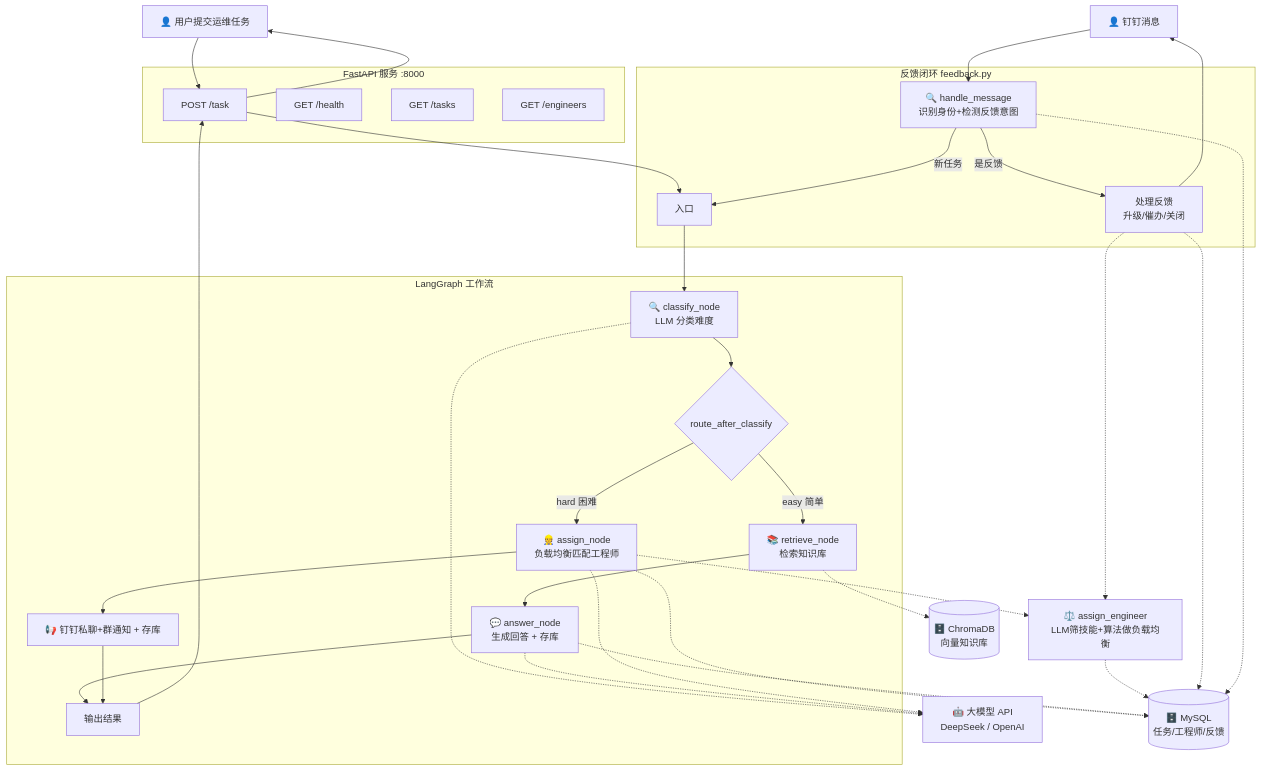
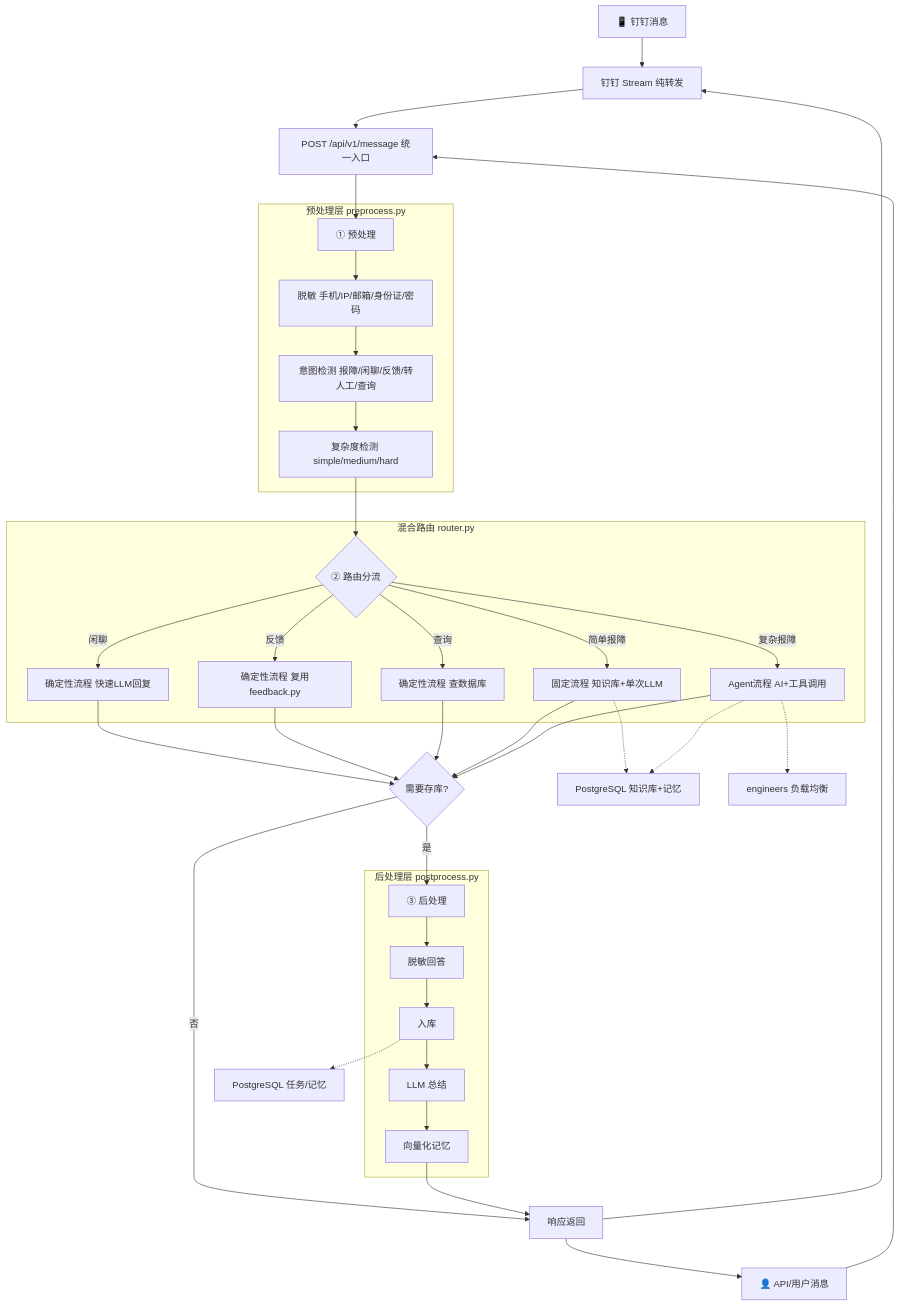
Before and after one commit to shouch111/dingdingbased-opsmate: the diagram in 运维Agent框架文档.md, drawn with Mermaid. The commit also changed other lines of this file, not shown here.

First line of the commit message:
docs: 框架文档全面重写为 v2.2 架构（混合路由+PostgreSQL+pgvector）

````diff
--- a/运维Agent框架文档.md
+++ b/运维Agent框架文档.md
@@ -32,48 +36,52 @@
 ```mermaid
 flowchart TD
-    U[👤 用户提交运维任务] --> API
+    DT[📱 钉钉消息] --> STREAM[钉钉 Stream 纯转发]
+    API_USER[👤 API/用户消息] --> MSG
+    STREAM --> MSG["POST /api/v1/message 统一入口"]
 
-    subgraph FastAPI[FastAPI 服务 :8000]
-        API["POST /task"]
-        H["GET /health"]
-        T["GET /tasks"]
-        E["GET /engineers"]
+    MSG --> PRE
+
+    subgraph PREPROCESS[预处理层 preprocess.py]
+        PRE["① 预处理"]
+        PRE --> MASK["脱敏 手机/IP/邮箱/身份证/密码"]
+        MASK --> INTENT["意图检测 报障/闲聊/反馈/转人工/查询"]
+        INTENT --> CPLX["复杂度检测 simple/medium/hard"]
     end
 
-    API --> G
-    U2[👤 钉钉消息] --> FB
+    CPLX --> ROUTER
 
-    subgraph Feedback[反馈闭环 feedback.py]
-        FB["🔍 handle_message\n识别身份+检测反馈意图"]
-        FB -->|是反馈| FBC["处理反馈\n升级/催办/关闭"]
-        FB -->|新任务| G
+    subgraph ROUTERLAYER[混合路由 router.py]
+        ROUTER{"② 路由分流"}
+        ROUTER -->|闲聊| CASUAL["确定性流程 快速LLM回复"]
+        ROUTER -->|反馈| FEEDBACK["确定性流程 复用feedback.py"]
+        ROUTER -->|查询| QUERY["确定性流程 查数据库"]
+        ROUTER -->|简单报障| SIMPLE["固定流程 知识库+单次LLM"]
+        ROUTER -->|复杂报障| AGENT["Agent流程 AI+工具调用"]
     end
 
-    subgraph LangGraph[LangGraph 工作流]
-        G[入口] --> C
-        C["🔍 classify_node\nLLM 分类难度"] --> R{route_after_classify}
-        R -->|easy 简单| RET["📚 retrieve_node\n检索知识库"]
-        R -->|hard 困难| ASN["👷 assign_node\n负载均衡匹配工程师"]
-        RET --> ANS["💬 answer_node\n生成回答 + 存库"]
-        ANS --> OUT[输出结果]
-        ASN --> NOTIFY["📢 钉钉私聊+群通知 + 存库"]
-        NOTIFY --> OUT
+    CASUAL --> POST_FLAG{需要存库?}
+    FEEDBACK --> POST_FLAG
+    QUERY --> POST_FLAG
+    SIMPLE --> POST_FLAG
+    AGENT --> POST_FLAG
+
+    POST_FLAG -->|是| POST
+    POST_FLAG -->|否| RESP
+
+    subgraph POSTPROCESS[后处理层 postprocess.py]
+        POST["③ 后处理"]
+        POST --> SAFE["脱敏回答"]
+        SAFE --> STORE["入库"]
+        STORE --> SUM["LLM 总结"]
+        SUM --> VEC["向量化记忆"]
     end
 
-    C -.-> LLM["🤖 大模型 API\nDeepSeek / OpenAI"]
-    RET -.-> KB[("🗄️ ChromaDB\n向量知识库")]
-    ANS -.-> LLM
-    ASN -.-> LLM
-    ASN -.-> LB["⚖️ assign_engineer\nLLM筛技能+算法做负载均衡"]
-    FBC -.-> LB
+    VEC --> RESP[响应返回]
+    RESP --> STREAM
+    RESP --> API_USER
 
-    LB -.-> DB[("🗄️ MySQL\n任务/工程师/反馈")]
-    ASN -.-> DB
-    ANS -.-> DB
-    FBC -.-> DB
-    FB -.-> DB
-
-    OUT --> API
-    API --> U
-    FBC --> U2
+    SIMPLE -.-> KB["PostgreSQL 知识库+记忆"]
+    AGENT -.-> KB
+    AGENT -.-> ENG["engineers 负载均衡"]
+    STORE -.-> DB["PostgreSQL 任务/记忆"]
 ```
````
